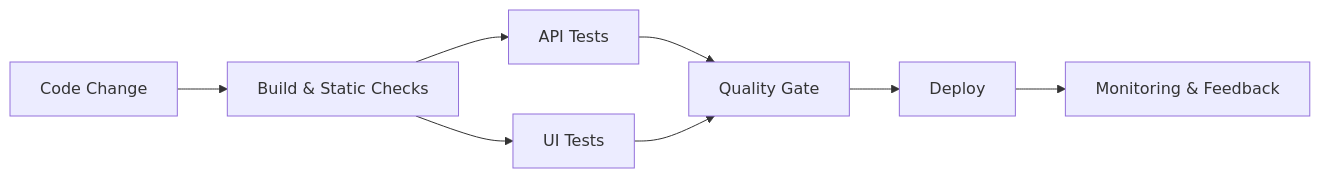
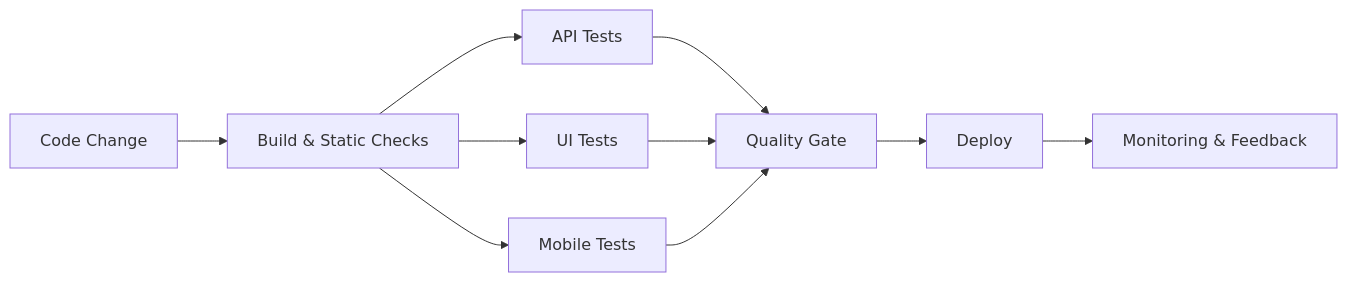
The diagram in README.md (YauheniPo/YauheniPo), drawn with Mermaid before and after one commit. The commit also changed other lines of this file, not shown here.

````diff
--- a/README.md
+++ b/README.md
@@ -69,10 +69,12 @@
 ```mermaid
 flowchart LR
     A[Code Change] --> B[Build & Static Checks]
     B --> C[API Tests]
     B --> D[UI Tests]
+    B --> H[Mobile Tests]
     C --> E[Quality Gate]
     D --> E
+    H --> E
     E --> F[Deploy]
     F --> G[Monitoring & Feedback]
 ```
````
